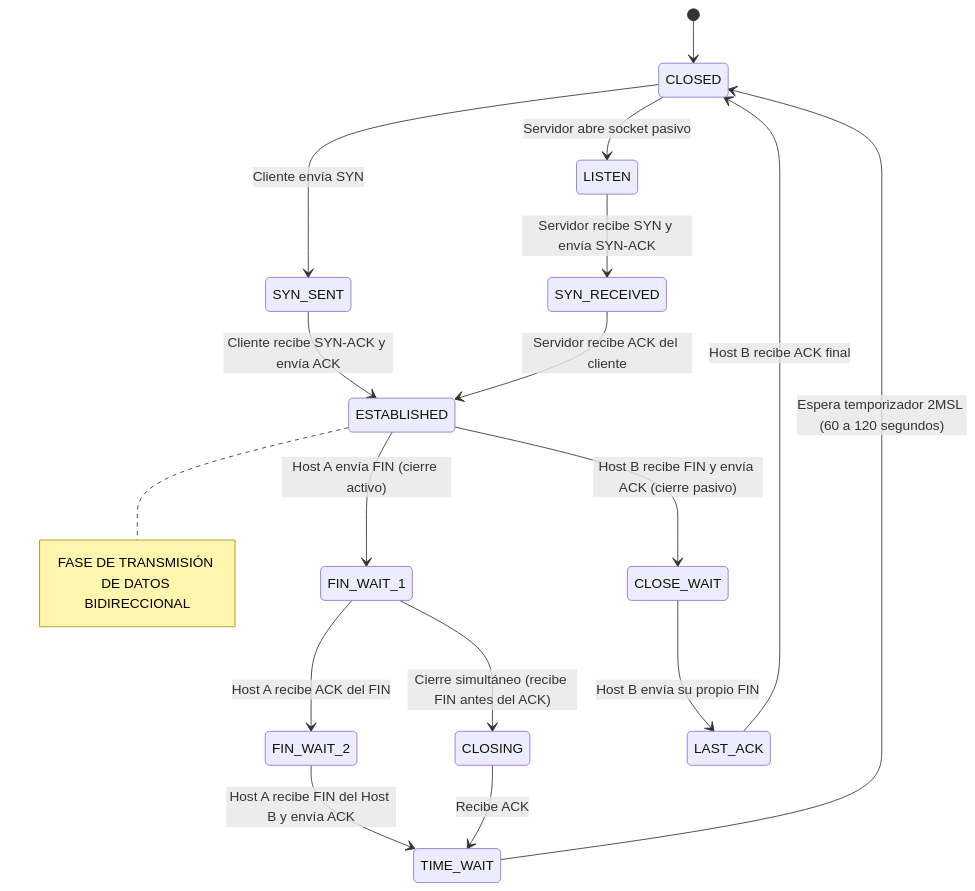
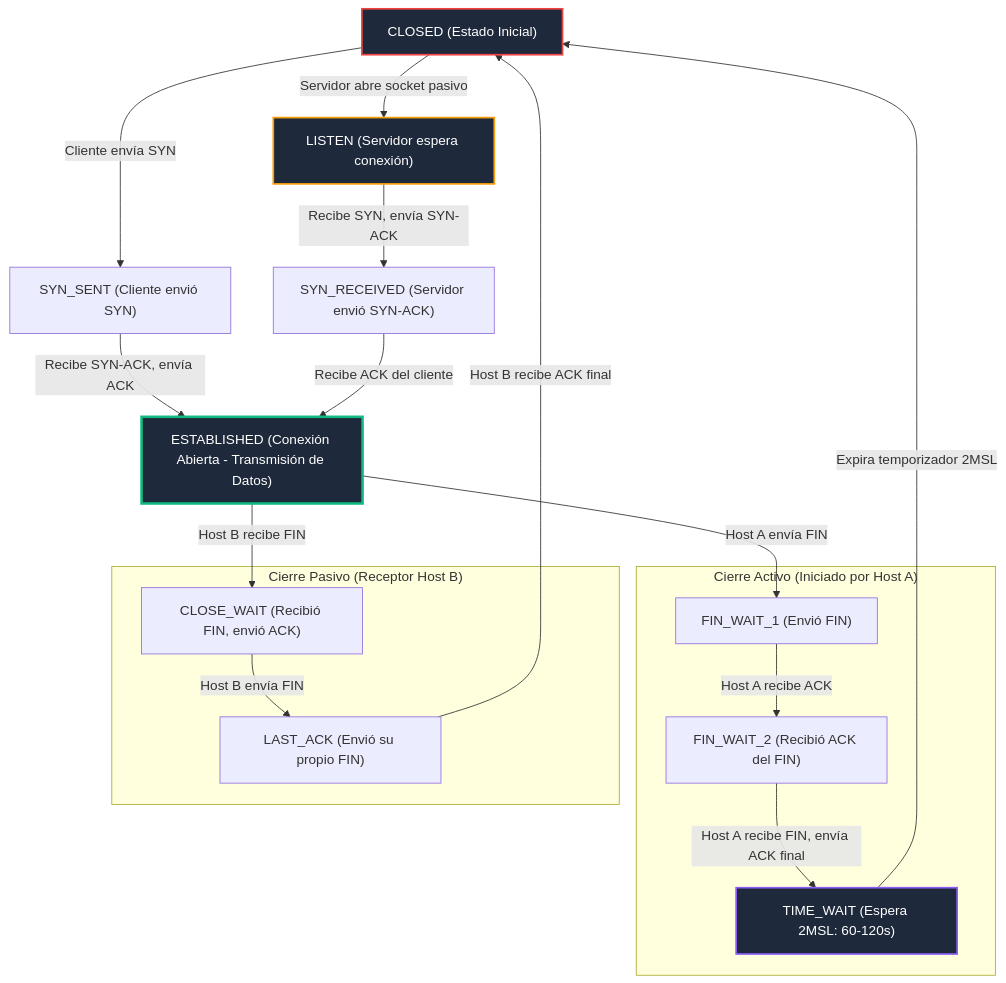
One commit to ch4rf/redes-computadoras changed the first of 2 diagrams in Teoria/Modulo_1_Capa_Transporte/02_Protocolo_TCP.md. Above: the diagram before and after it, drawn with Mermaid. The commit also changed other lines of this file and 12 other files, not shown here.

Commit message:
fix: reemplazar arte ascii por diagramas nativos mermaid y tablas responsivas para obsidian y vscode

````diff
--- a/Teoria/Modulo_1_Capa_Transporte/02_Protocolo_TCP.md
+++ b/Teoria/Modulo_1_Capa_Transporte/02_Protocolo_TCP.md
@@ -51,26 +38,38 @@
 ```mermaid
-stateDiagram-v2
-    [*] --> CLOSED
-    CLOSED --> LISTEN : Servidor abre socket pasivo
-    CLOSED --> SYN_SENT : Cliente envía SYN
-    
-    LISTEN --> SYN_RECEIVED : Servidor recibe SYN y envía SYN-ACK
-    SYN_SENT --> ESTABLISHED : Cliente recibe SYN-ACK y envía ACK
-    SYN_RECEIVED --> ESTABLISHED : Servidor recibe ACK del cliente
-    
-    note right of ESTABLISHED : FASE DE TRANSMISIÓN DE DATOS BIDIRECCIONAL
-    
-    ESTABLISHED --> FIN_WAIT_1 : Host A envía FIN (cierre activo)
-    ESTABLISHED --> CLOSE_WAIT : Host B recibe FIN y envía ACK (cierre pasivo)
-    
-    FIN_WAIT_1 --> FIN_WAIT_2 : Host A recibe ACK del FIN
-    FIN_WAIT_1 --> CLOSING : Cierre simultáneo (recibe FIN antes del ACK)
-    
-    CLOSE_WAIT --> LAST_ACK : Host B envía su propio FIN
-    LAST_ACK --> CLOSED : Host B recibe ACK final
-    
-    FIN_WAIT_2 --> TIME_WAIT : Host A recibe FIN del Host B y envía ACK
-    CLOSING --> TIME_WAIT : Recibe ACK
-    
-    TIME_WAIT --> CLOSED : Espera temporizador 2MSL (60 a 120 segundos)
+flowchart TD
+    CLOSED["CLOSED (Estado Inicial)"]
+    LISTEN["LISTEN (Servidor espera conexión)"]
+    SYN_SENT["SYN_SENT (Cliente envió SYN)"]
+    SYN_RCVD["SYN_RECEIVED (Servidor envió SYN-ACK)"]
+    ESTAB["ESTABLISHED (Conexión Abierta - Transmisión de Datos)"]
+
+    CLOSED -->|"Servidor abre socket pasivo"| LISTEN
+    CLOSED -->|"Cliente envía SYN"| SYN_SENT
+    LISTEN -->|"Recibe SYN, envía SYN-ACK"| SYN_RCVD
+    SYN_SENT -->|"Recibe SYN-ACK, envía ACK"| ESTAB
+    SYN_RCVD -->|"Recibe ACK del cliente"| ESTAB
+
+    subgraph CIERRE_ACTIVO ["Cierre Activo (Iniciado por Host A)"]
+        FIN_WAIT_1["FIN_WAIT_1 (Envió FIN)"]
+        FIN_WAIT_2["FIN_WAIT_2 (Recibió ACK del FIN)"]
+        TIME_WAIT["TIME_WAIT (Espera 2MSL: 60-120s)"]
+    end
+
+    subgraph CIERRE_PASIVO ["Cierre Pasivo (Receptor Host B)"]
+        CLOSE_WAIT["CLOSE_WAIT (Recibió FIN, envió ACK)"]
+        LAST_ACK["LAST_ACK (Envió su propio FIN)"]
+    end
+
+    ESTAB -->|"Host A envía FIN"| FIN_WAIT_1
+    ESTAB -->|"Host B recibe FIN"| CLOSE_WAIT
+    FIN_WAIT_1 -->|"Host A recibe ACK"| FIN_WAIT_2
+    CLOSE_WAIT -->|"Host B envía FIN"| LAST_ACK
+    FIN_WAIT_2 -->|"Host A recibe FIN, envía ACK final"| TIME_WAIT
+    LAST_ACK -->|"Host B recibe ACK final"| CLOSED
+    TIME_WAIT -->|"Expira temporizador 2MSL"| CLOSED
+
+    style CLOSED fill:#1e293b,stroke:#ef4444,stroke-width:2px,color:#fff
+    style LISTEN fill:#1e293b,stroke:#f59e0b,stroke-width:2px,color:#fff
+    style ESTAB fill:#1e293b,stroke:#10b981,stroke-width:3px,color:#fff
+    style TIME_WAIT fill:#1e293b,stroke:#8b5cf6,stroke-width:2px,color:#fff
 ```
````
